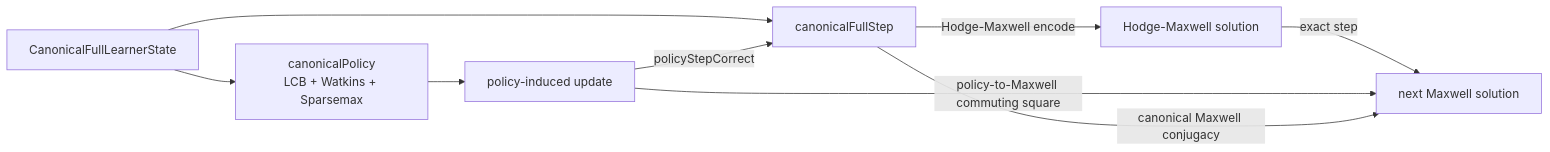
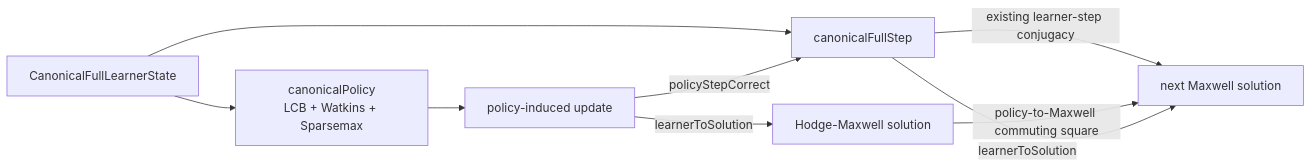
Before and after one commit to JohnChristianD/Actions: the second of 2 diagrams in .ci/discovery/learner-economic-welfare-bridge-graph.md, drawn with Mermaid. The commit also changed other lines of this file, not shown here.

Commit message:
Correct policy-HodgeMaxwell graph seam

````diff
--- a/.ci/discovery/learner-economic-welfare-bridge-graph.md
+++ b/.ci/discovery/learner-economic-welfare-bridge-graph.md
@@ -40,11 +40,11 @@
 ```mermaid
 flowchart LR
   S["CanonicalFullLearnerState"] --> R["canonicalPolicy<br/>LCB + Watkins + Sparsemax"]
   R --> PS["policy-induced update"]
   S --> LS["canonicalFullStep"]
   PS -->|policyStepCorrect| LS
-  LS -->|Hodge-Maxwell encode| M["Hodge-Maxwell solution"]
-  M -->|exact step| M2["next Maxwell solution"]
-  PS -->|policy-to-Maxwell commuting square| M2
-  LS -->|canonical Maxwell conjugacy| M2
+  PS -->|learnerToSolution| M["Hodge-Maxwell solution"]
+  LS -->|existing learner-step conjugacy| M2["next Maxwell solution"]
+  M -->|policy-to-Maxwell commuting square| M2
+  LS -->|learnerToSolution| M2
 ```
````
